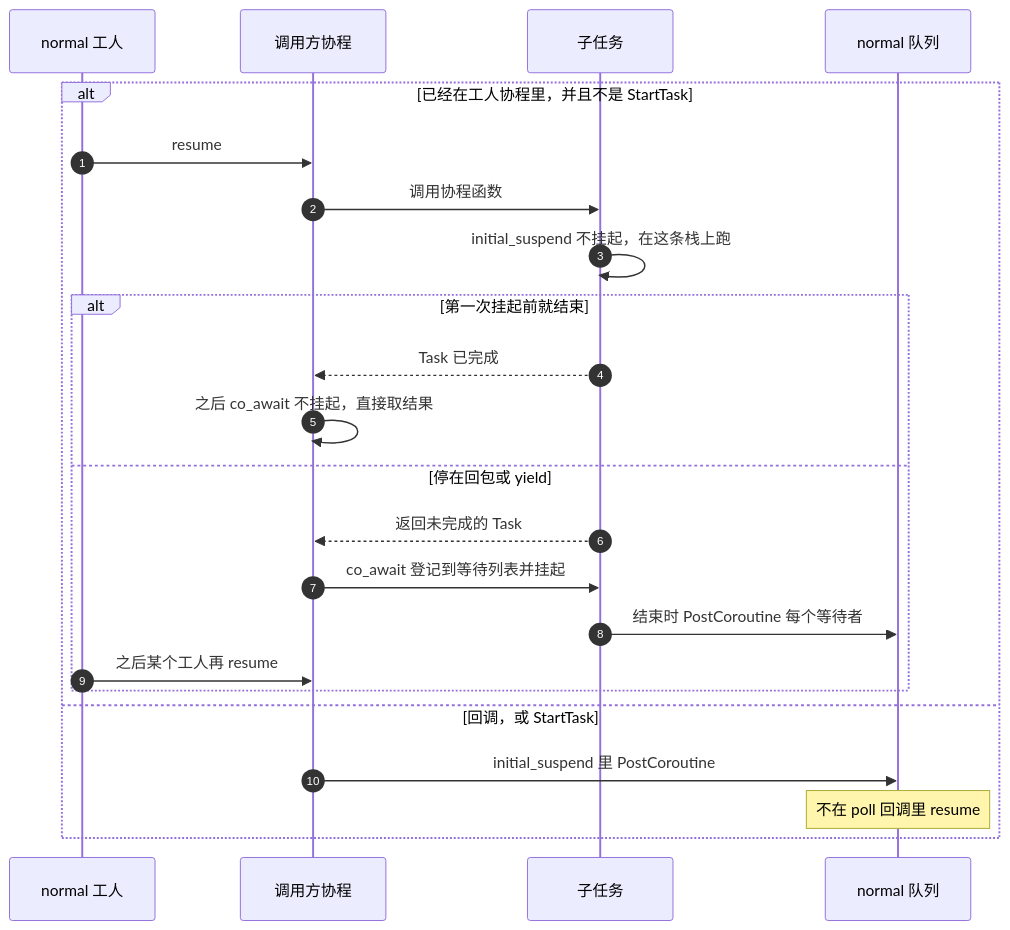
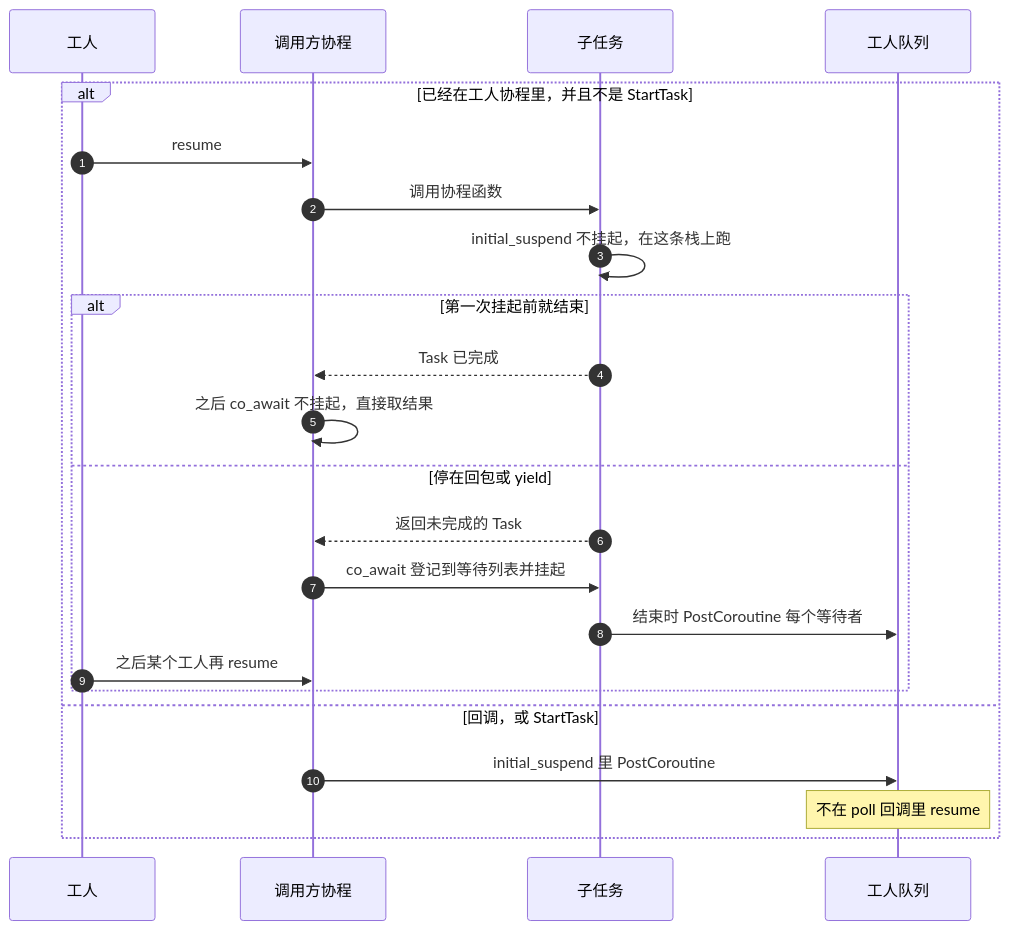
Before and after one commit to orikiaru/openidea: the diagram in docs/sequence-diagram/multi-thread/task.md, drawn with Mermaid. The commit also changed other lines of this file and 24 other files, not shown here.

````diff
--- a/docs/sequence-diagram/multi-thread/task.md
+++ b/docs/sequence-diagram/multi-thread/task.md
@@ -9,26 +9,26 @@
 ```mermaid
 sequenceDiagram
     autonumber
-    participant Worker as normal 工人
+    participant Worker as 工人
     participant Parent as 调用方协程
     participant Child as 子任务
-    participant Queue as normal 队列
+    participant Queue as 工人队列
 
     alt 已经在工人协程里，并且不是 StartTask
         Worker->>Parent: resume
         Parent->>Child: 调用协程函数
         Child->>Child: initial_suspend 不挂起，在这条栈上跑
         alt 第一次挂起前就结束
             Child-->>Parent: Task 已完成
             Parent->>Parent: 之后 co_await 不挂起，直接取结果
         else 停在回包或 yield
             Child-->>Parent: 返回未完成的 Task
             Parent->>Child: co_await 登记到等待列表并挂起
             Child->>Queue: 结束时 PostCoroutine 每个等待者
             Worker->>Parent: 之后某个工人再 resume
         end
     else 回调，或 StartTask
         Parent->>Queue: initial_suspend 里 PostCoroutine
         Note over Queue: 不在 poll 回调里 resume
     end
 ```
````
